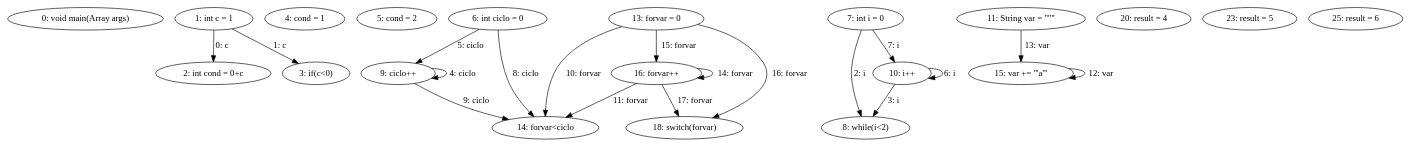
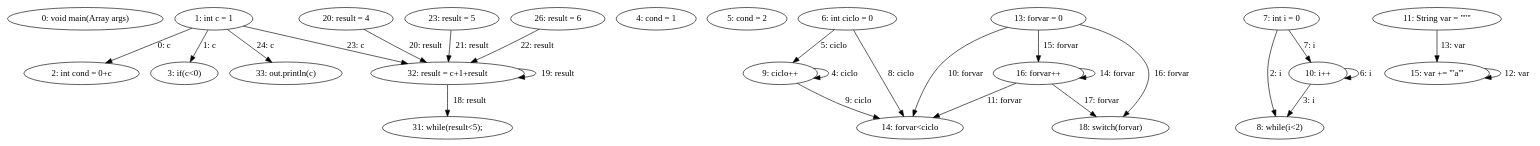
One commit to DominguesGM/comp_astanalyze changed the diagram in export/ast_dfg.dot. Above: the diagram before and after it, drawn with Graphviz. The commit also changed 20 other files, not shown here.

```diff
--- a/export/ast_dfg.dot
+++ b/export/ast_dfg.dot
@@ -1,40 +1,50 @@
 digraph G {
   1 [ label="0: void main(Array args)" ];
   2 [ label="1: int c = 1" ];
   3 [ label="2: int cond = 0+c" ];
   4 [ label="3: if(c<0)" ];
   5 [ label="4: cond = 1" ];
   6 [ label="5: cond = 2" ];
   7 [ label="6: int ciclo = 0" ];
   8 [ label="7: int i = 0" ];
   9 [ label="8: while(i<2)" ];
   10 [ label="9: ciclo++" ];
   11 [ label="10: i++" ];
   12 [ label="11: String var = \"''\"" ];
   13 [ label="13: forvar = 0" ];
   14 [ label="14: forvar<ciclo" ];
   15 [ label="15: var += \"'a'\"" ];
   16 [ label="16: forvar++" ];
   17 [ label="18: switch(forvar)" ];
   18 [ label="20: result = 4" ];
   19 [ label="23: result = 5" ];
-  20 [ label="25: result = 6" ];
+  20 [ label="26: result = 6" ];
+  21 [ label="31: while(result<5);" ];
+  22 [ label="32: result = c+1+result" ];
+  23 [ label="33: out.println(c)" ];
   2 -> 3 [ label="0: c" ];
   2 -> 4 [ label="1: c" ];
   8 -> 9 [ label="2: i" ];
   11 -> 9 [ label="3: i" ];
   10 -> 10 [ label="4: ciclo" ];
   7 -> 10 [ label="5: ciclo" ];
   11 -> 11 [ label="6: i" ];
   8 -> 11 [ label="7: i" ];
   7 -> 14 [ label="8: ciclo" ];
   10 -> 14 [ label="9: ciclo" ];
   13 -> 14 [ label="10: forvar" ];
   16 -> 14 [ label="11: forvar" ];
   15 -> 15 [ label="12: var" ];
   12 -> 15 [ label="13: var" ];
   16 -> 16 [ label="14: forvar" ];
   13 -> 16 [ label="15: forvar" ];
   13 -> 17 [ label="16: forvar" ];
   16 -> 17 [ label="17: forvar" ];
+  22 -> 21 [ label="18: result" ];
+  22 -> 22 [ label="19: result" ];
+  18 -> 22 [ label="20: result" ];
+  19 -> 22 [ label="21: result" ];
+  20 -> 22 [ label="22: result" ];
+  2 -> 22 [ label="23: c" ];
+  2 -> 23 [ label="24: c" ];
 }
```
